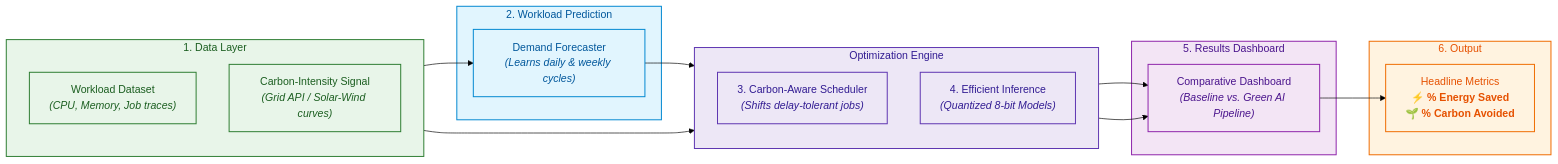
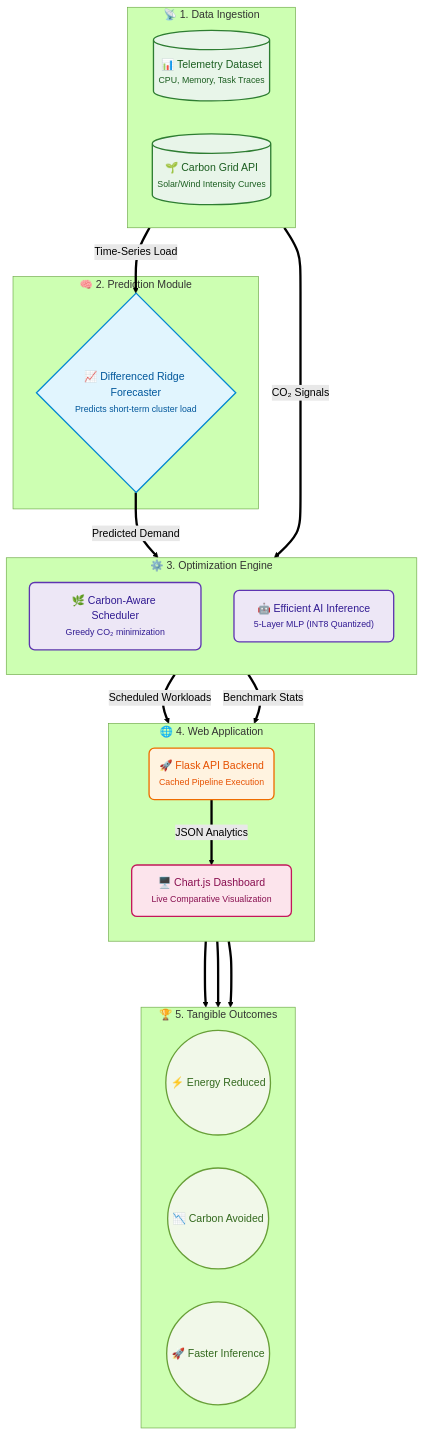
One commit to gargijoshi9/green-ai-cloud-prototype changed the diagram in README.md. Above: the diagram before and after it, drawn with Mermaid (forest theme).

Commit message:
updated the system architeture in the readme file

````diff
--- a/README.md
+++ b/README.md
@@ -193,45 +193,52 @@
 ```mermaid
-flowchart LR
-    subgraph S1["1. Data Layer"]
-        direction TB
-        D1["Workload Dataset<br/><i>(CPU, Memory, Job traces)</i>"]
-        D2["Carbon-Intensity Signal<br/><i>(Grid API / Solar-Wind curves)</i>"]
+flowchart TD
+    %% Styling definitions
+    classDef data fill:#e8f5e9,stroke:#2e7d32,stroke-width:2px,color:#1b5e20,rx:8,ry:8
+    classDef model fill:#e1f5fe,stroke:#0288d1,stroke-width:2px,color:#01579b,rx:8,ry:8
+    classDef engine fill:#ede7f6,stroke:#5e35b1,stroke-width:2px,color:#311b92,rx:8,ry:8
+    classDef backend fill:#fff3e0,stroke:#ef6c00,stroke-width:2px,color:#e65100,rx:8,ry:8
+    classDef dashboard fill:#fce4ec,stroke:#c2185b,stroke-width:2px,color:#880e4f,rx:8,ry:8
+    classDef metrics fill:#f1f8e9,stroke:#689f38,stroke-width:2px,color:#33691e,rx:15,ry:15
+
+    %% Modules
+    subgraph S1 ["📡 1. Data Ingestion"]
+        direction LR
+        D1[("📊 Telemetry Dataset<br/><small>CPU, Memory, Task Traces</small>")]:::data
+        D2[("🌱 Carbon Grid API<br/><small>Solar/Wind Intensity Curves</small>")]:::data
     end
 
-    subgraph S2["2. Workload Prediction"]
-        P1["Demand Forecaster<br/><i>(Learns daily & weekly cycles)</i>"]
+    subgraph S2 ["🧠 2. Prediction Module"]
+        P1{"📈 Differenced Ridge Forecaster<br/><small>Predicts short-term cluster load</small>"}:::model
     end
 
-    subgraph S3["Optimization Engine"]
+    subgraph S3 ["⚙️ 3. Optimization Engine"]
         direction TB
-        C1["3. Carbon-Aware Scheduler<br/><i>(Shifts delay-tolerant jobs)</i>"]
-        I1["4. Efficient Inference<br/><i>(Quantized 8-bit Models)</i>"]
+        C1["🌿 Carbon-Aware Scheduler<br/><small>Greedy CO₂ minimization</small>"]:::engine
+        I1["🤖 Efficient AI Inference<br/><small>5-Layer MLP (INT8 Quantized)</small>"]:::engine
     end
 
-    subgraph S4["5. Results Dashboard"]
-        DB["Comparative Dashboard<br/><i>(Baseline vs. Green AI Pipeline)</i>"]
+    subgraph S4 ["🌐 4. Web Application"]
+        direction TB
+        B1("🚀 Flask API Backend<br/><small>Cached Pipeline Execution</small>"):::backend
+        DB["🖥️ Chart.js Dashboard<br/><small>Live Comparative Visualization</small>"]:::dashboard
     end
 
-    subgraph S5["6. Output"]
-        OUT["Headline Metrics<br/><b>⚡ % Energy Saved</b><br/><b>🌱 % Carbon Avoided</b>"]
+    subgraph S5 ["🏆 5. Tangible Outcomes"]
+        direction LR
+        O1(("⚡ Energy Reduced")):::metrics
+        O2(("📉 Carbon Avoided")):::metrics
+        O3(("🚀 Faster Inference")):::metrics
     end
 
-    D1 --> P1
-    P1 --> C1
-    D2 --> C1
-    C1 --> DB
-    I1 --> DB
-    DB --> OUT
-
-    classDef dataBox fill:#e8f5e9,stroke:#2e7d32,stroke-width:1.5px,color:#1b5e20;
-    classDef predBox fill:#e1f5fe,stroke:#0288d1,stroke-width:1.5px,color:#01579b;
-    classDef engineBox fill:#ede7f6,stroke:#5e35b1,stroke-width:1.5px,color:#311b92;
-    classDef dashBox fill:#f3e5f5,stroke:#8e24aa,stroke-width:1.5px,color:#4a148c;
-    classDef outBox fill:#fff3e0,stroke:#ef6c00,stroke-width:1.5px,color:#e65100;
-
-    class S1,D1,D2 dataBox;
-    class S2,P1 predBox;
-    class S3,C1,I1 engineBox;
-    class S4,DB dashBox;
-    class S5,OUT outBox;
+    %% Data flow
+    D1 ==>|"Time-Series Load"| P1
+    D2 ==>|"CO₂ Signals"| C1
+    
+    P1 ==>|"Predicted Demand"| C1
+    
+    C1 ==>|"Scheduled Workloads"| B1
+    I1 ==>|"Benchmark Stats"| B1
+    
+    B1 ==>|"JSON Analytics"| DB
+    DB ===> O1 & O2 & O3
 ```
````
